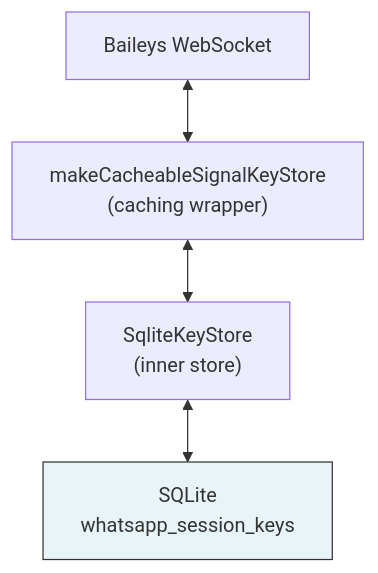
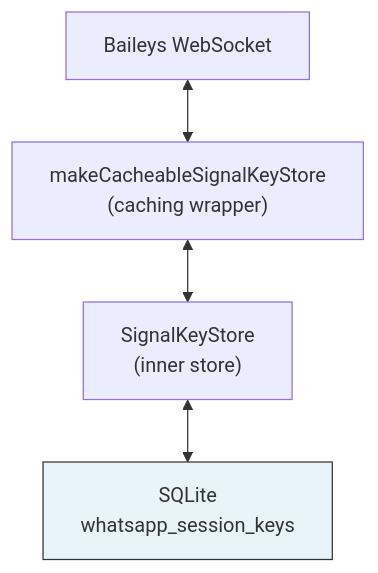
Before and after one commit to Fibra-Labs/chepibe-personal: the fourth of 4 diagrams in docs/baileys.md, drawn with Mermaid. The commit also changed other lines of this file and 41 other files, not shown here.

````diff
--- a/docs/baileys.md
+++ b/docs/baileys.md
@@ -96,8 +96,8 @@
 ```mermaid
 flowchart TB
     A["Baileys WebSocket"] <--> B["makeCacheableSignalKeyStore<br/>(caching wrapper)"]
-    B <--> C["SqliteKeyStore<br/>(inner store)"]
+    B <--> C["SignalKeyStore<br/>(inner store)"]
     C <--> D["SQLite<br/>whatsapp_session_keys"]
 
     style D fill:#e8f4f8,stroke:#333
 ```
````
